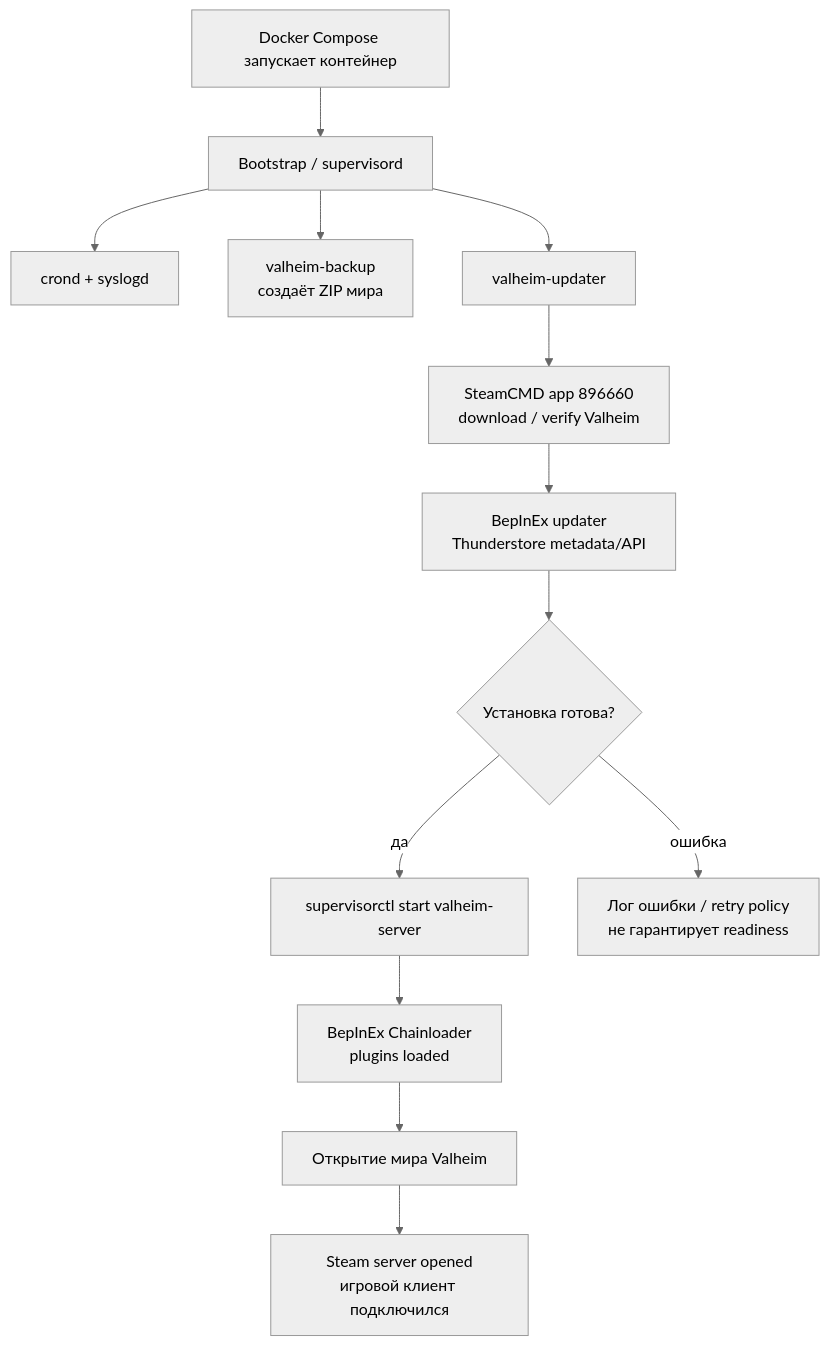
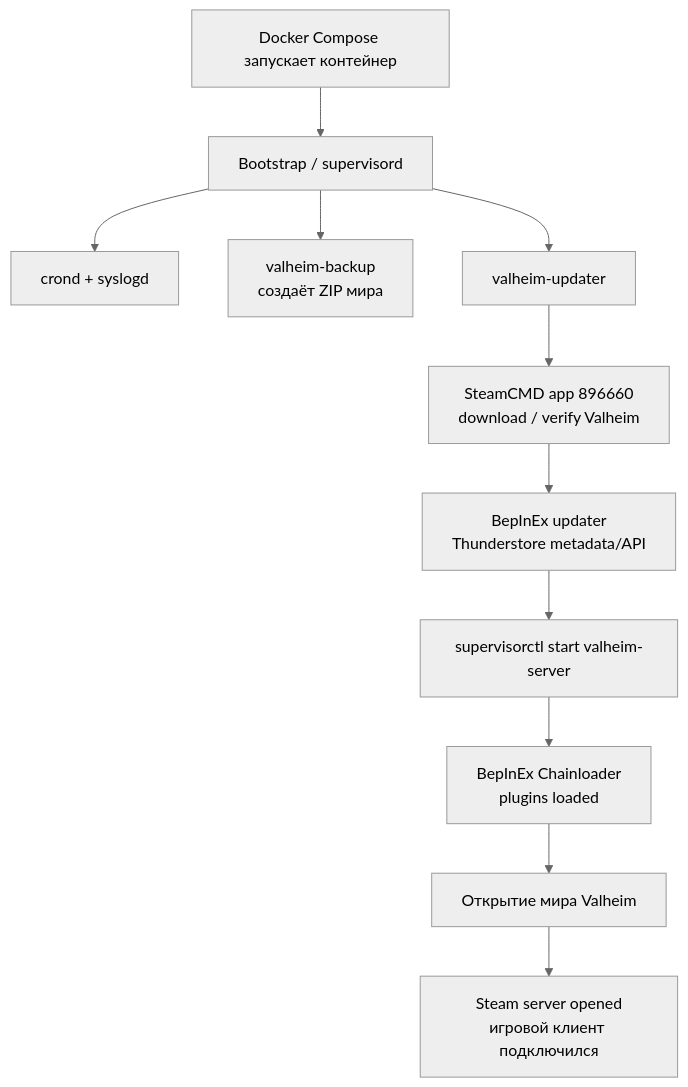
One commit to ValentS1997/vsp-gamer-mods changed the sixth of 9 diagrams in Valheim/Valheim Dedicated Server/INTERVIEW_ARCHITECTURE_DEEP_DIVE_2026-11-08.md. Above: the diagram before and after it, drawn with Mermaid (neutral theme). The commit also changed other lines of this file, not shown here.

Commit message:
docs(valheim): make architecture deep dive presentation-ready

````diff
--- a/Valheim/Valheim Dedicated Server/INTERVIEW_ARCHITECTURE_DEEP_DIVE_2026-11-08.md
+++ b/Valheim/Valheim Dedicated Server/INTERVIEW_ARCHITECTURE_DEEP_DIVE_2026-11-08.md
@@ -181,15 +177,13 @@
 ```mermaid
 flowchart TB
     DOCKER["Docker Compose запускает контейнер"] --> BOOT["Bootstrap / supervisord"]
     BOOT --> CRON["crond + syslogd"]
     BOOT --> BACKUP["valheim-backup<br/>создаёт ZIP мира"]
     BOOT --> UP["valheim-updater"]
     UP --> STEAM["SteamCMD app 896660<br/>download / verify Valheim"]
     STEAM --> MOD["BepInEx updater<br/>Thunderstore metadata/API"]
-    MOD --> DEC{Установка готова?}
-    DEC -->|да| RUN["supervisorctl start valheim-server"]
-    DEC -->|ошибка| ERR["Лог ошибки / retry policy<br/>не гарантирует readiness"]
+    MOD --> RUN["supervisorctl start valheim-server"]
     RUN --> CHAIN["BepInEx Chainloader<br/>plugins loaded"]
     CHAIN --> WORLD["Открытие мира Valheim"]
     WORLD --> PORT["Steam server opened<br/>игровой клиент подключился"]
 ```
````
